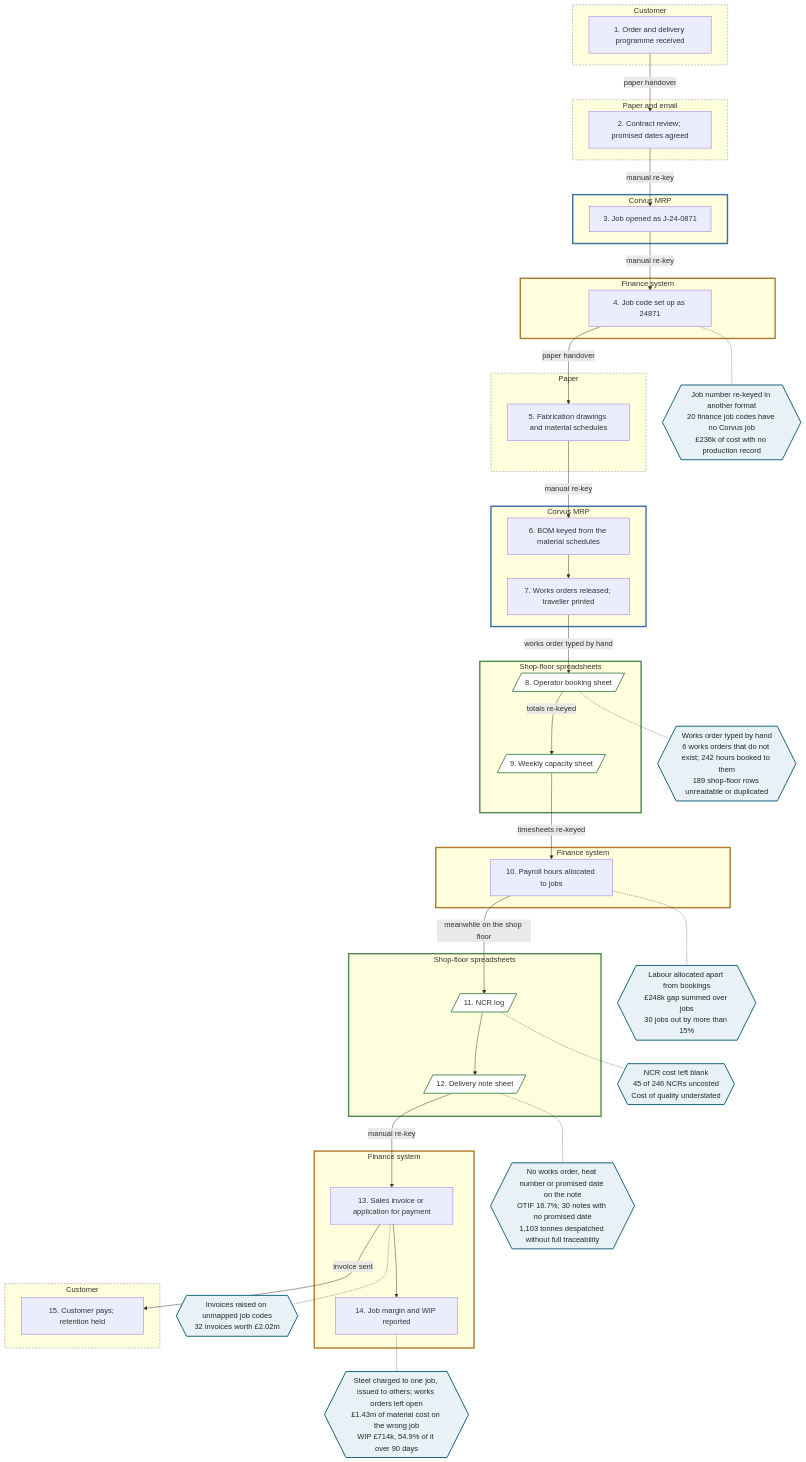
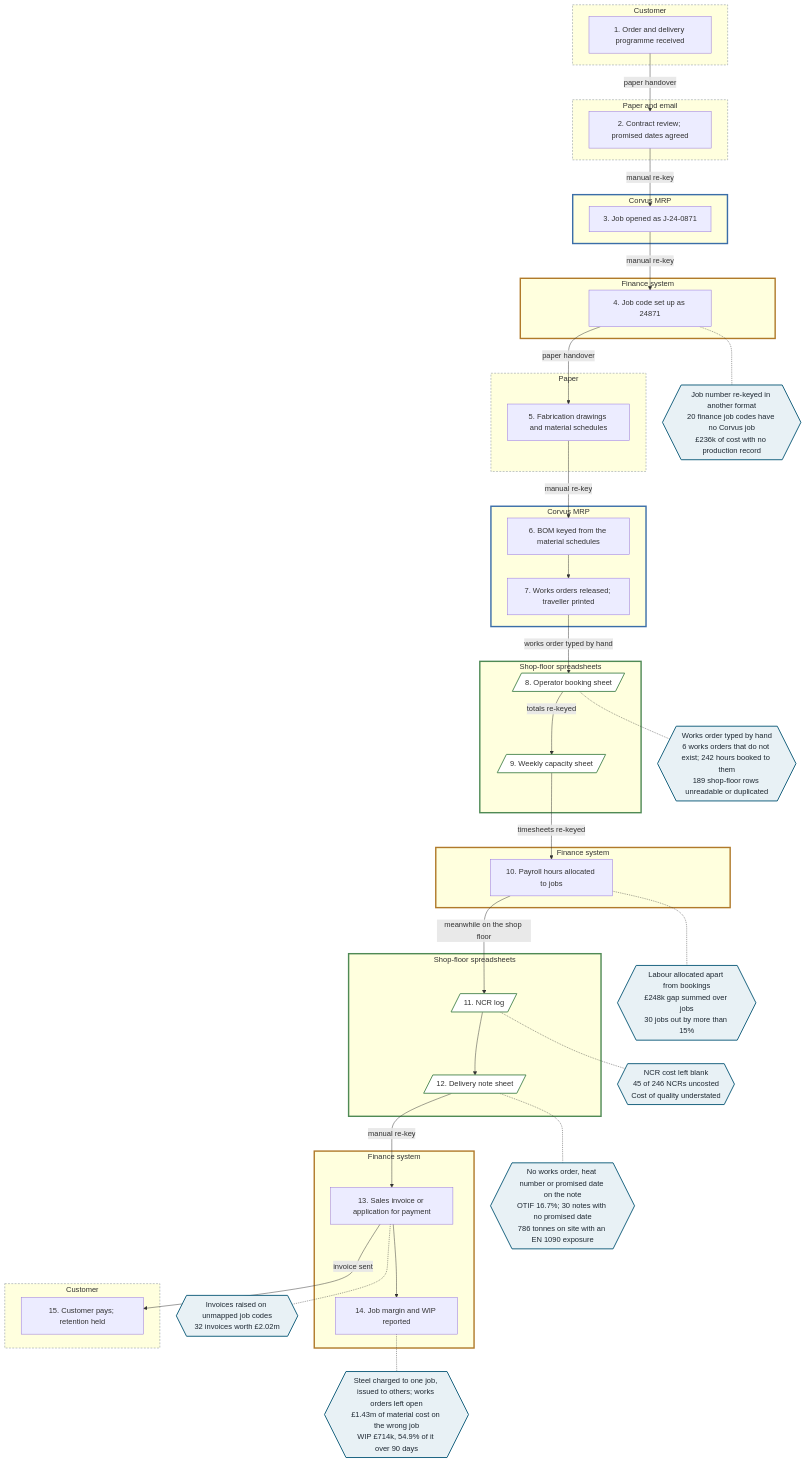
One commit to Noyalg5/fabsync changed the diagram in docs/diagrams/as-is-order-to-cash.mmd. Above: the diagram before and after it, drawn with Mermaid. The commit also changed 46 other files, not shown here.

```diff
--- a/docs/diagrams/as-is-order-to-cash.mmd
+++ b/docs/diagrams/as-is-order-to-cash.mmd
@@ -1,89 +1,89 @@
 %% AS-IS order to cash. Demonstration prototype: all data is synthetic.
 %% Steps run top to bottom. Each box is a system boundary; a new box opens every time the work
 %% crosses into another system. Figures in the break points are measured by the FabSync
 %% reconciliation of the synthetic data.
 flowchart TB
   subgraph CU1["Customer"]
     C1["1. Order and delivery programme received"]
   end
   subgraph PA1["Paper and email"]
     P1["2. Contract review; promised dates agreed"]
   end
   subgraph CO1["Corvus MRP"]
     K1["3. Job opened as J-24-0871"]
   end
   subgraph FI1["Finance system"]
     F1["4. Job code set up as 24871"]
   end
   subgraph PA2["Paper"]
     P2["5. Fabrication drawings and material schedules"]
   end
   subgraph CO2["Corvus MRP"]
     K2["6. BOM keyed from the material schedules"]
     K3["7. Works orders released; traveller printed"]
   end
   subgraph SH1["Shop-floor spreadsheets"]
     S1[/"8. Operator booking sheet"/]
     S2[/"9. Weekly capacity sheet"/]
   end
   subgraph FI2["Finance system"]
     F2["10. Payroll hours allocated to jobs"]
   end
   subgraph SH2["Shop-floor spreadsheets"]
     S3[/"11. NCR log"/]
     S4[/"12. Delivery note sheet"/]
   end
   subgraph FI3["Finance system"]
     F3["13. Sales invoice or application for payment"]
     F4["14. Job margin and WIP reported"]
   end
   subgraph CU2["Customer"]
     C2["15. Customer pays; retention held"]
   end
 
   C1 -- "paper handover" --> P1
   P1 -- "manual re-key" --> K1
   K1 -- "manual re-key" --> F1
   F1 -- "paper handover" --> P2
   P2 -- "manual re-key" --> K2
   K2 --> K3
   K3 -- "works order typed by hand" --> S1
   S1 -- "totals re-keyed" --> S2
   S2 -- "timesheets re-keyed" --> F2
   F2 -- "meanwhile on the shop floor" --> S3
   S3 --> S4
   S4 -- "manual re-key" --> F3
   F3 --> F4
   F3 -- "invoice sent" --> C2
 
   B1{{"Job number re-keyed in another format<br/>20 finance job codes have no Corvus job<br/>£236k of cost with no production record"}}
   B2{{"Works order typed by hand<br/>6 works orders that do not exist; 242 hours booked to them<br/>189 shop-floor rows unreadable or duplicated"}}
   B3{{"Labour allocated apart from bookings<br/>£248k gap summed over jobs<br/>30 jobs out by more than 15%"}}
   B5{{"NCR cost left blank<br/>45 of 246 NCRs uncosted<br/>Cost of quality understated"}}
-  B4{{"No works order, heat number or promised date on the note<br/>OTIF 16.7%; 30 notes with no promised date<br/>1,103 tonnes despatched without full traceability"}}
+  B4{{"No works order, heat number or promised date on the note<br/>OTIF 16.7%; 30 notes with no promised date<br/>786 tonnes on site with an EN 1090 exposure"}}
   B6{{"Invoices raised on unmapped job codes<br/>32 invoices worth £2.02m"}}
   B7{{"Steel charged to one job, issued to others; works orders left open<br/>£1.43m of material cost on the wrong job<br/>WIP £714k, 54.9% of it over 90 days"}}
 
   F1 -.- B1
   S1 -.- B2
   F2 -.- B3
   S3 -.- B5
   S4 -.- B4
   F3 -.- B6
   F4 -.- B7
 
   classDef brk fill:#E8F1F5,stroke:#0F5C7A,stroke-width:2px,color:#1F2933
   classDef sheet fill:#FFFFFF,stroke:#4F8A55,stroke-width:2px
   class B1,B2,B3,B4,B5,B6,B7 brk
   class S1,S2,S3,S4 sheet
   style CO1 stroke:#3B6EA8,stroke-width:3px
   style CO2 stroke:#3B6EA8,stroke-width:3px
   style FI1 stroke:#B07A2A,stroke-width:3px
   style FI2 stroke:#B07A2A,stroke-width:3px
   style FI3 stroke:#B07A2A,stroke-width:3px
   style SH1 stroke:#4F8A55,stroke-width:3px
   style SH2 stroke:#4F8A55,stroke-width:3px
   style PA1 stroke:#7B8794,stroke-dasharray:4 3
   style PA2 stroke:#7B8794,stroke-dasharray:4 3
   style CU1 stroke:#7B8794,stroke-dasharray:4 3
   style CU2 stroke:#7B8794,stroke-dasharray:4 3
```
